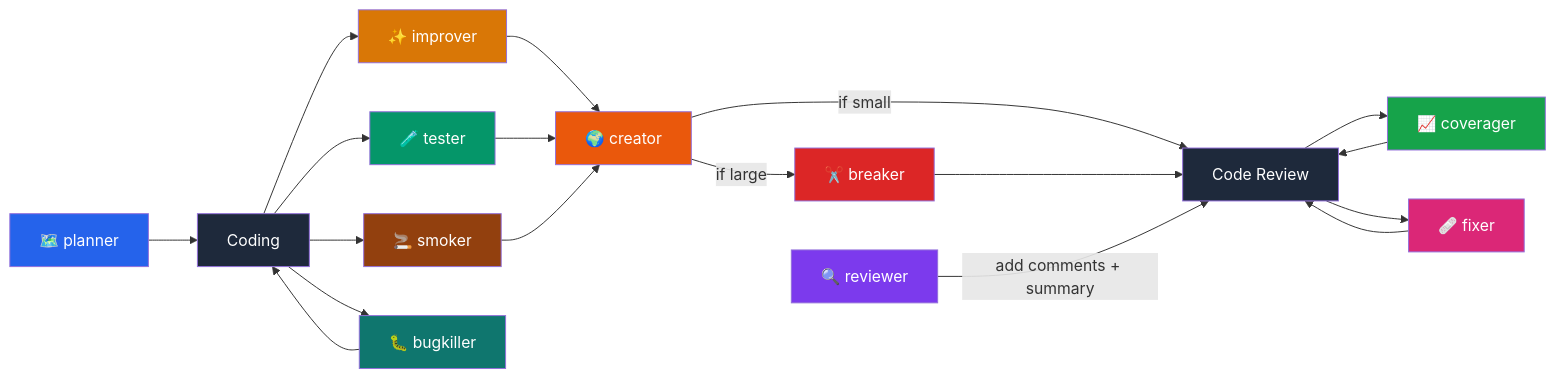
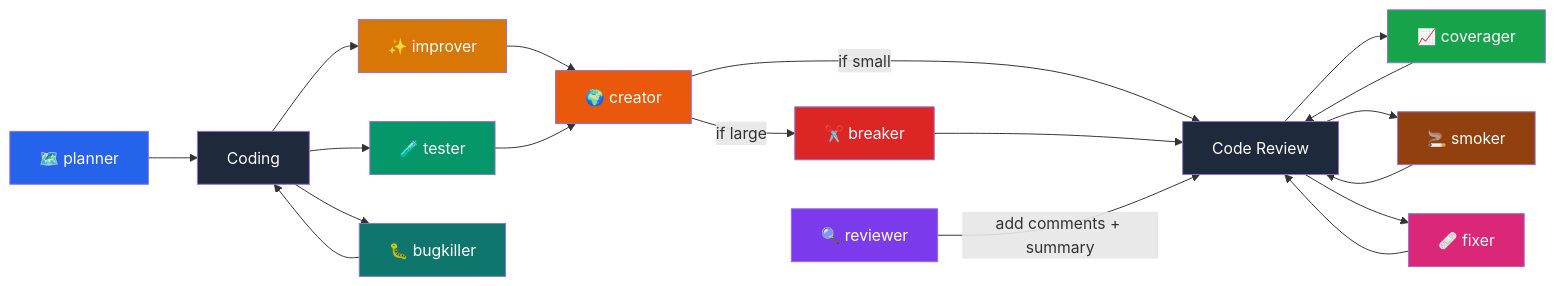
One commit to Victorcorcos/skills changed the diagram in README.md. Above: the diagram before and after it, drawn with Mermaid.

Commit message:
Fix mermaid chart

````diff
--- a/README.md
+++ b/README.md
@@ -59,33 +59,33 @@
 ```mermaid
 flowchart LR
     A[🗺️ planner] --> B[Coding]
     B --> C[✨ improver]
     B --> D[🧪 tester]
-    B --> L[🚬 smoker]
     C --> E[🌍 creator]
     D --> E[🌍 creator]
-    L --> E[🌍 creator]
     E -->|if small| F[Code Review]
     E -->|if large| G[✂️ breaker]
     G --> F
     I[🔍 reviewer] -->|add comments + summary| F
     F --> J[📈 coverager]
     J --> F
+    F --> L[🚬 smoker]
+    L --> F
     F --> H[🩹 fixer]
     H --> F
     B --> K[🐛 bugkiller]
     K --> B
 
     style A fill:#2563EB,color:#fff
     style C fill:#D97706,color:#fff
     style D fill:#059669,color:#fff
     style E fill:#EA580C,color:#fff
     style F fill:#1e293b,color:#fff
     style G fill:#DC2626,color:#fff
     style H fill:#DB2777,color:#fff
     style I fill:#7C3AED,color:#fff
     style J fill:#16a34a,color:#fff
     style K fill:#0f766e,color:#fff
     style L fill:#92400e,color:#fff
     style B fill:#1e293b,color:#fff
 ```
````
